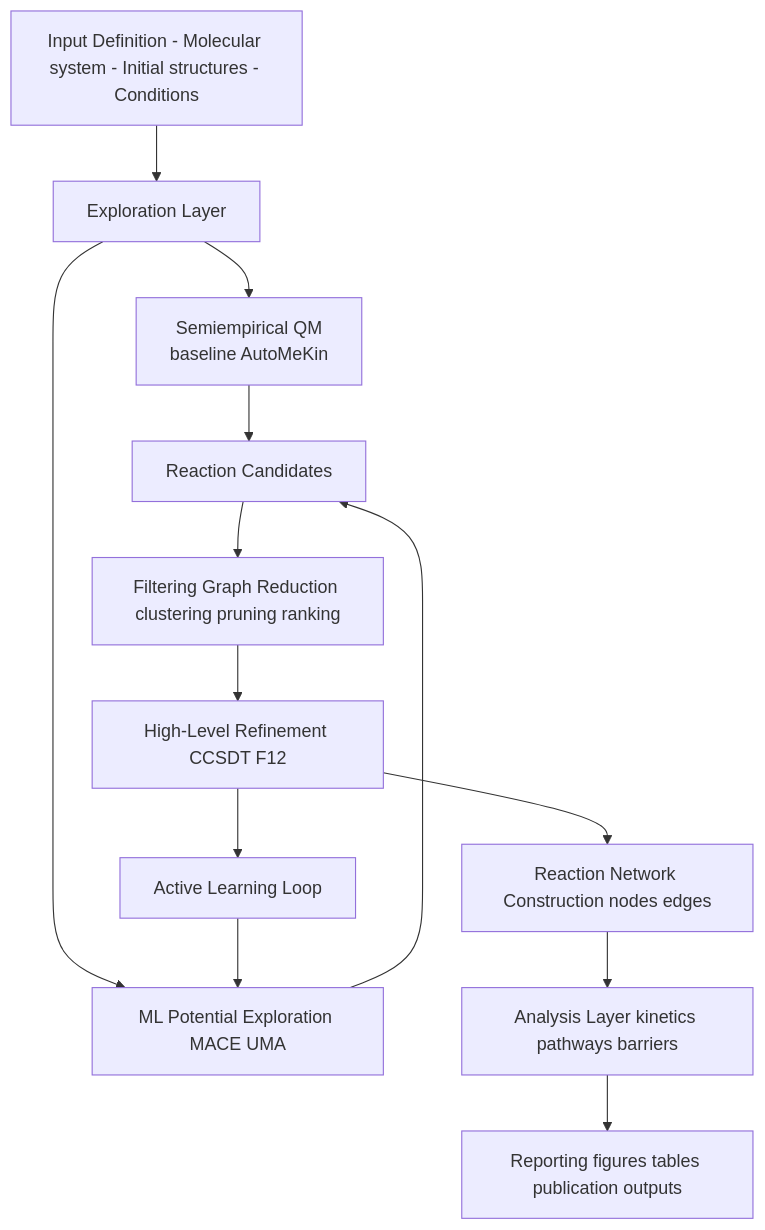
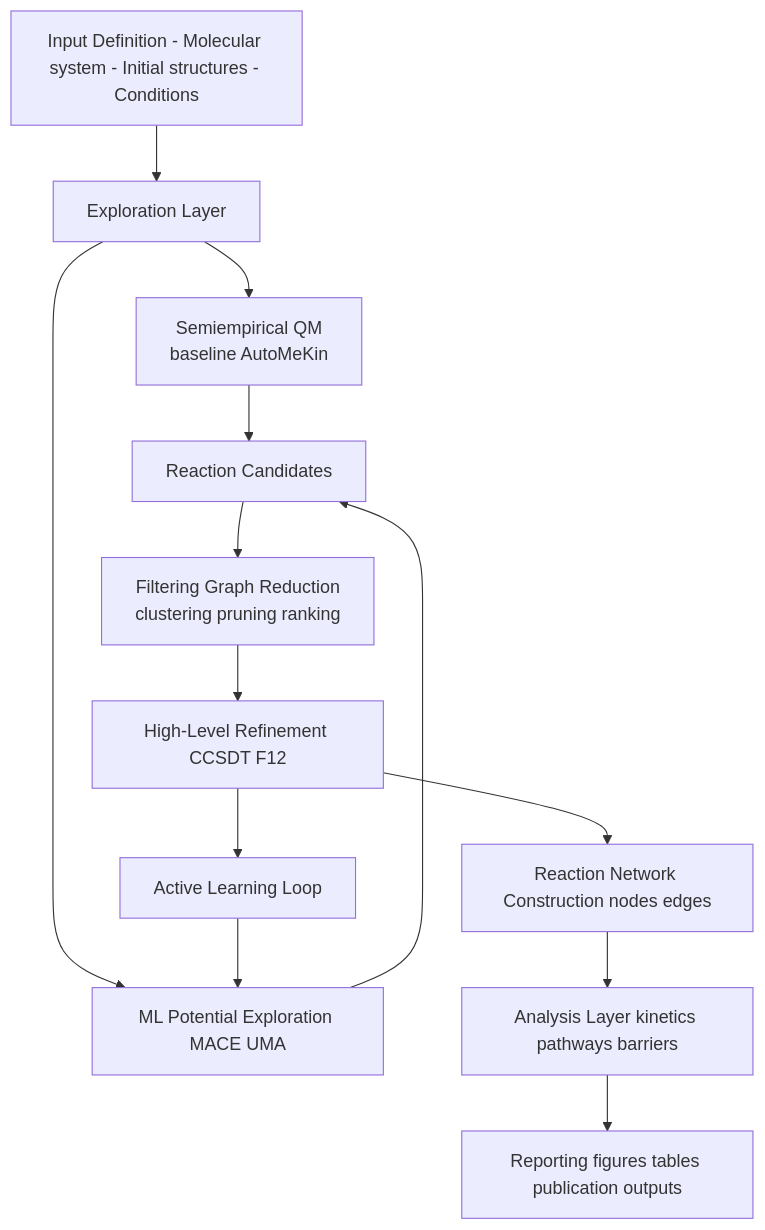
The diagram in diagrams/diagrama.mmd (emartineznunez/mermaid), drawn with Mermaid before and after one commit.

```diff
--- a/diagrams/diagrama.mmd
+++ b/diagrams/diagrama.mmd
@@ -1,22 +1,22 @@
 flowchart TD
 
 A[Input Definition - Molecular system - Initial structures - Conditions] --> B[Exploration Layer]
 
 B --> B1[Semiempirical QM\n baseline AutoMeKin]
 B --> B2[ML Potential Exploration MACE UMA]
 
 B1 --> C[Reaction Candidates]
 B2 --> C
 
-C --> D[Filtering Graph Reduction clustering pruning ranking]
+C --> D[Filtering Graph Reduction\n clustering pruning ranking]
 
 D --> E[High-Level Refinement CCSDT F12]
 
 E --> F[Active Learning Loop]
 F --> B2
 
 E --> G[Reaction Network Construction nodes edges]
 
 G --> H[Analysis Layer kinetics pathways barriers]
 
 H --> I[Reporting figures tables publication outputs]
```
